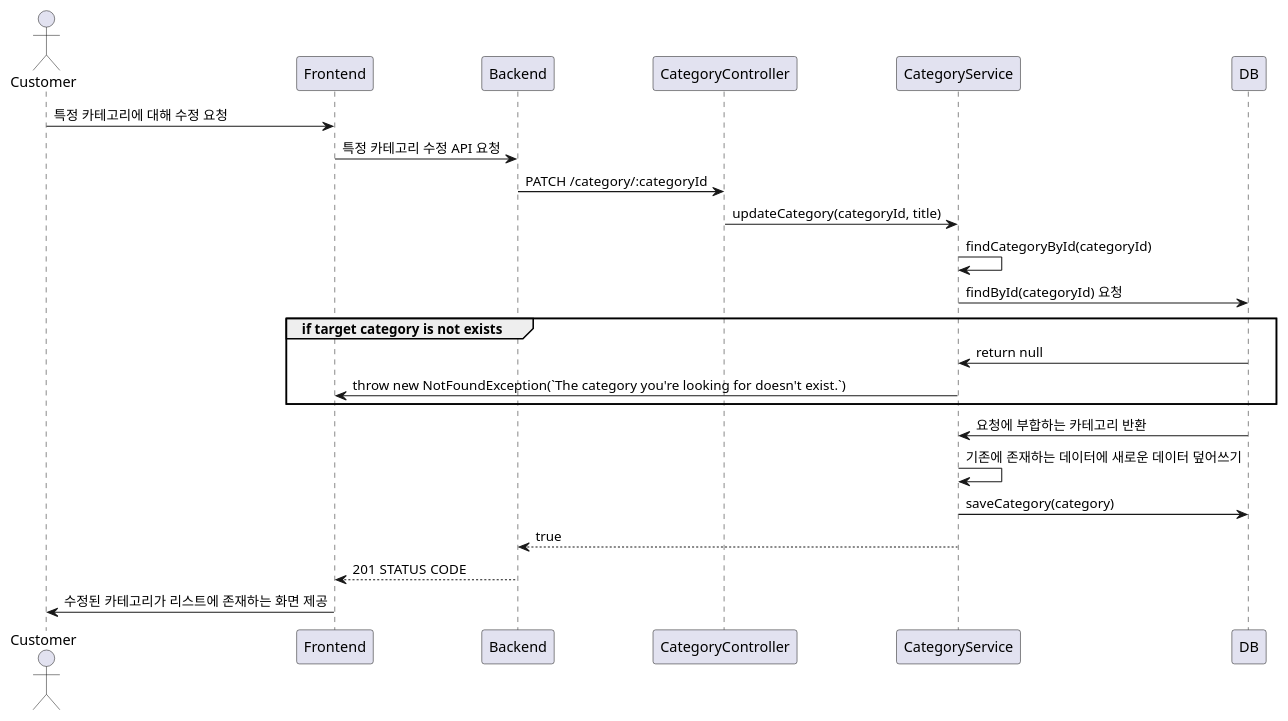
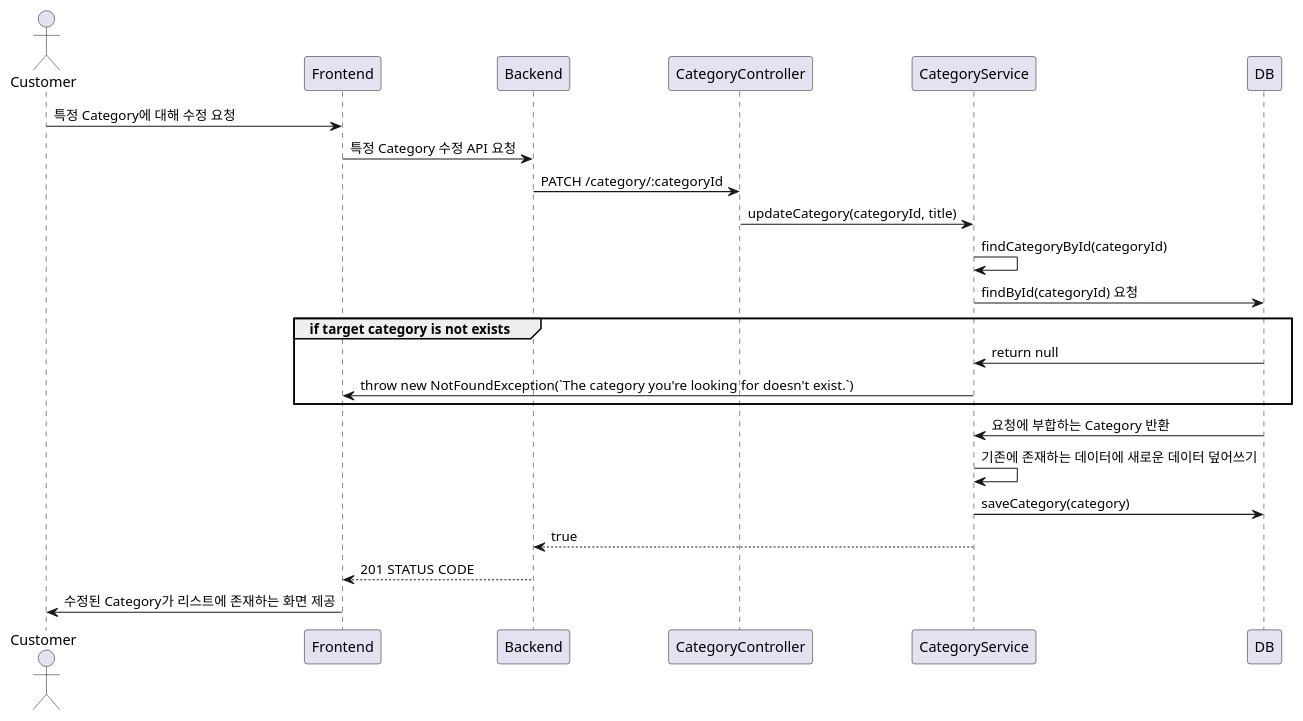
One commit to VVSOGI/todolist-remake changed the diagram in server/docs/category/category.patch.md. Above: the diagram before and after it, drawn with PlantUML. The commit also changed other lines of this file and 3 other files, not shown here.

````diff
--- a/server/docs/category/category.patch.md
+++ b/server/docs/category/category.patch.md
@@ -24,21 +24,21 @@
 ```plantuml
 @startuml
 actor Customer
-Customer -> Frontend: 특정 카테고리에 대해 수정 요청
-    Frontend -> Backend: 특정 카테고리 수정 API 요청
+Customer -> Frontend: 특정 Category에 대해 수정 요청
+    Frontend -> Backend: 특정 Category 수정 API 요청
         Backend -> CategoryController: PATCH /category/:categoryId
             CategoryController -> CategoryService: updateCategory(categoryId, title)
                 CategoryService -> CategoryService: findCategoryById(categoryId)
                 CategoryService -> DB: findById(categoryId) 요청
                 group if target category is not exists
                     DB -> CategoryService: return null
                     CategoryService -> Frontend: throw new NotFoundException(`The category you're looking for doesn't exist.`)
                 end
-                DB -> CategoryService: 요청에 부합하는 카테고리 반환
+                DB -> CategoryService: 요청에 부합하는 Category 반환
                 CategoryService -> CategoryService: 기존에 존재하는 데이터에 새로운 데이터 덮어쓰기
                 CategoryService -> DB: saveCategory(category)
             Backend <-- CategoryService: true
     Frontend <-- Backend: 201 STATUS CODE
-Customer <- Frontend: 수정된 카테고리가 리스트에 존재하는 화면 제공
+Customer <- Frontend: 수정된 Category가 리스트에 존재하는 화면 제공
 @enduml
 ```
````
